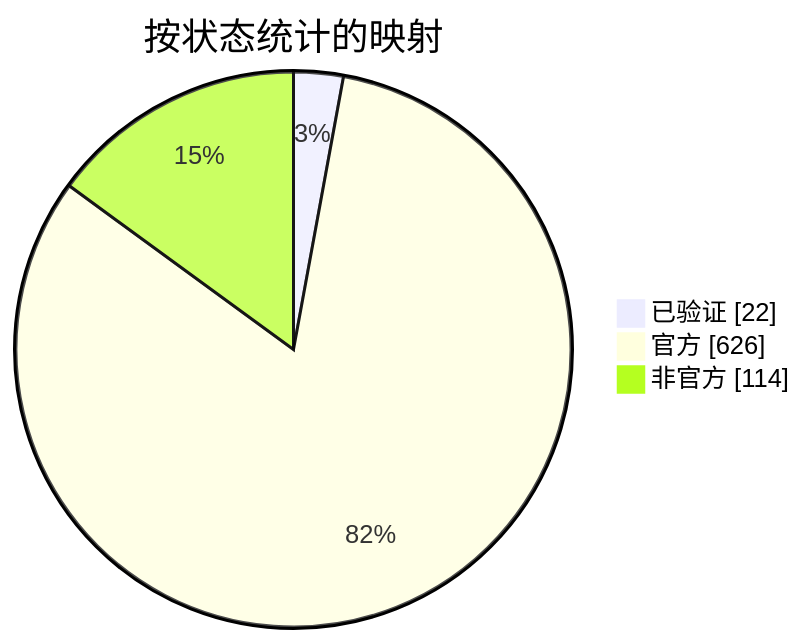
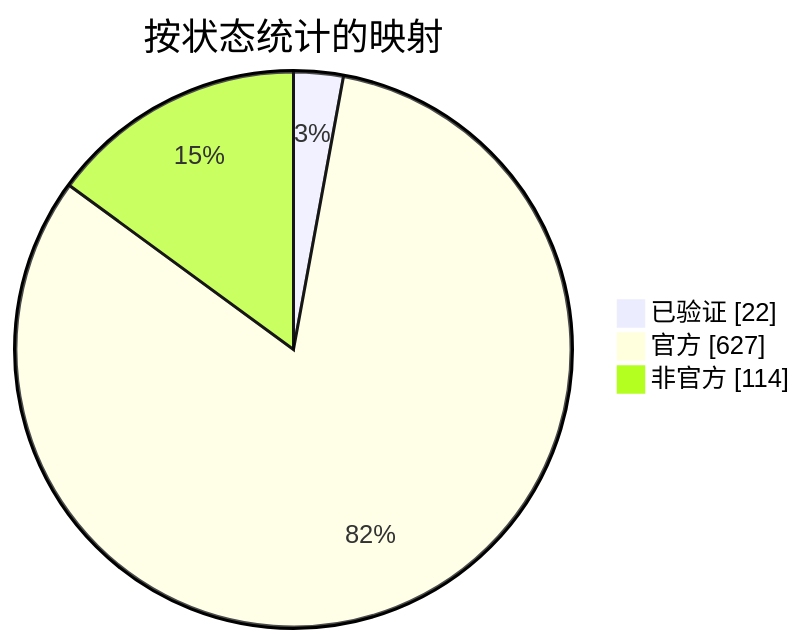
One commit to nobrega8/mbmap-library changed the diagram in docs/readme/README_ZHS.md. Above: the diagram before and after it, drawn with Mermaid. The commit also changed 6 other files, not shown here.

````diff
--- a/docs/readme/README_ZHS.md
+++ b/docs/readme/README_ZHS.md
@@ -54,7 +54,7 @@
 ```mermaid
 pie showData
     title 按状态统计的映射
     "已验证" : 22
-    "官方" : 626
+    "官方" : 627
     "非官方" : 114
 ```
````
